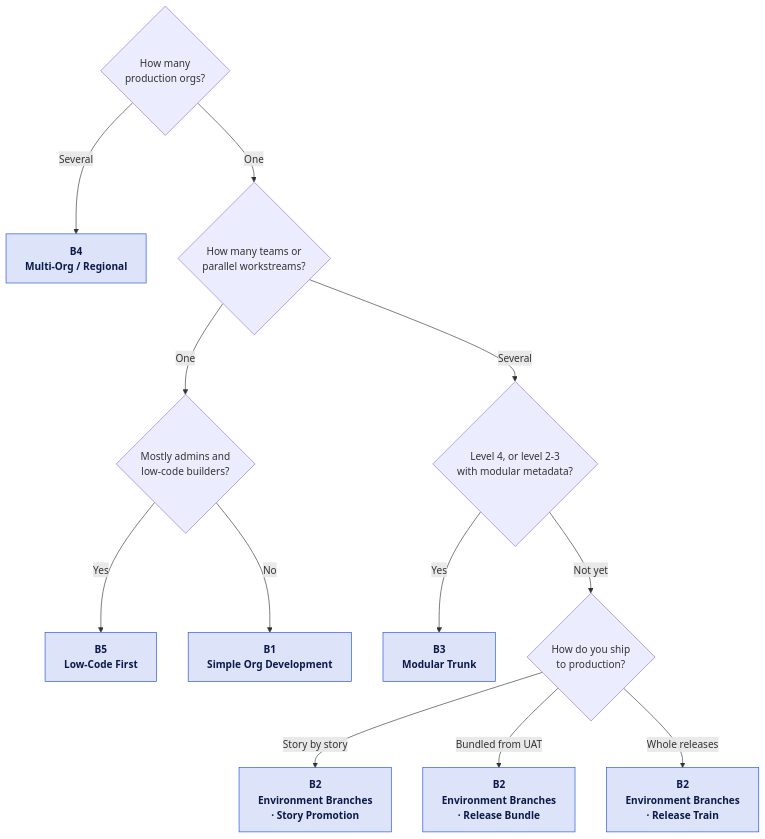
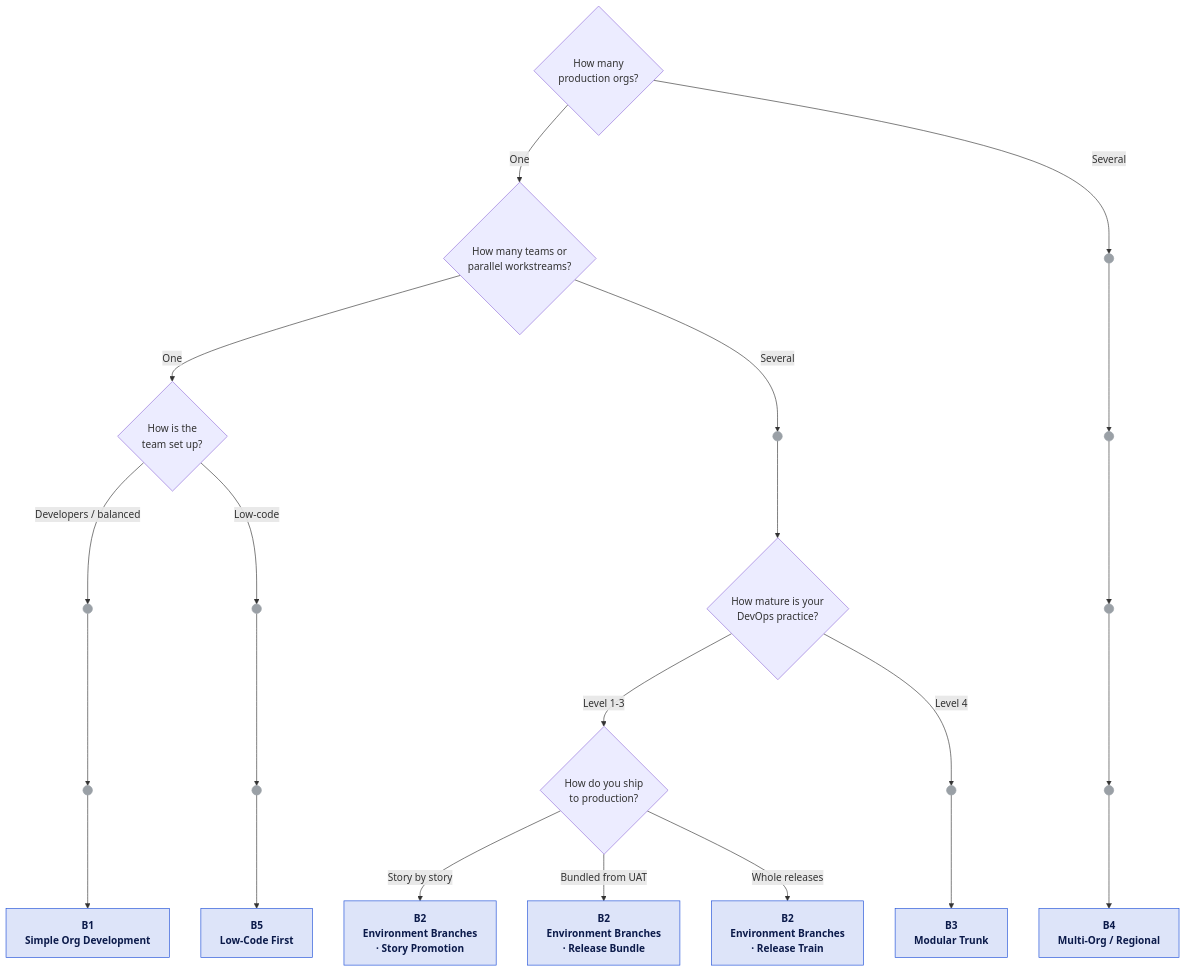
Before and after one commit to svierk/salesforce-devops-starter-kit: the diagram in docs/strategy/index.md, drawn with Mermaid. The commit also changed other lines of this file and 4 other files, not shown here.

````diff
--- a/docs/strategy/index.md
+++ b/docs/strategy/index.md
@@ -30,22 +30,29 @@
 ```mermaid
 flowchart TD
-    QO{"How many<br/>production orgs?"}
-    QO -->|Several| B4["<b>B4</b><br/>Multi-Org / Regional"]
-    QO -->|One| QT{"How many teams or<br/>parallel workstreams?"}
-
-    QT -->|One| QL{"Mostly admins and<br/>low-code builders?"}
-    QT -->|Several| QM{"Level 4, or level 2-3<br/>with modular metadata?"}
-
-    QL -->|Yes| B5["<b>B5</b><br/>Low-Code First"]
-    QL -->|No| B1["<b>B1</b><br/>Simple Org Development"]
-
-    QM -->|Yes| B3["<b>B3</b><br/>Modular Trunk"]
-    QM -->|Not yet| QR{"How do you ship<br/>to production?"}
-
+    QO{"How many<br/>production orgs?"} -->|One| QT{"How many teams or<br/>parallel workstreams?"}
+    QO -->|Several| P2M(( ))
+    QT -->|One| QS{"How is the<br/>team set up?"}
+    QT -->|Several| P3N(( ))
+    P2M --> P3M(( ))
+    QS -->|Developers / balanced| P4B1(( ))
+    QS -->|Low-code| P4B5(( ))
+    P3N --> QM{"How mature is your<br/>DevOps practice?"}
+    P3M --> P4M(( ))
+    P4B1 --> P5B1(( ))
+    P4B5 --> P5B5(( ))
+    QM -->|Level 1-3| QR{"How do you ship<br/>to production?"}
+    QM -->|Level 4| P5B3(( ))
+    P4M --> P5M(( ))
+    P5B1 --> B1["<b>B1</b><br/>Simple Org Development"]
+    P5B5 --> B5["<b>B5</b><br/>Low-Code First"]
     QR -->|Story by story| B2S["<b>B2</b><br/>Environment Branches<br/>· Story Promotion"]
     QR -->|Bundled from UAT| B2B["<b>B2</b><br/>Environment Branches<br/>· Release Bundle"]
     QR -->|Whole releases| B2T["<b>B2</b><br/>Environment Branches<br/>· Release Train"]
+    P5B3 --> B3["<b>B3</b><br/>Modular Trunk"]
+    P5M --> B4["<b>B4</b><br/>Multi-Org / Regional"]
 
     classDef bp fill:#dde4f9,stroke:#1d4ed8,color:#0b1a4a,font-weight:bold;
+    classDef pass fill:#9aa0a6,stroke:#9aa0a6;
     class B1,B2S,B2B,B2T,B3,B4,B5 bp;
+    class P2M,P3N,P3M,P4B1,P4B5,P4M,P5B1,P5B5,P5B3,P5M pass;
 ```
````
